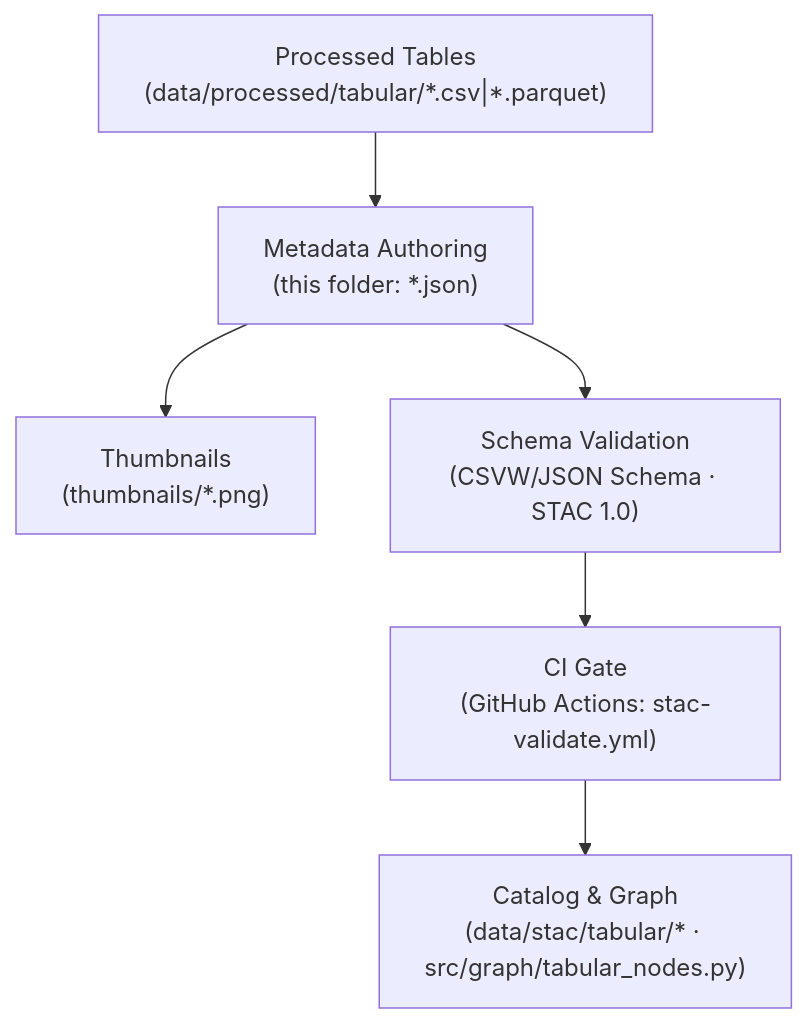
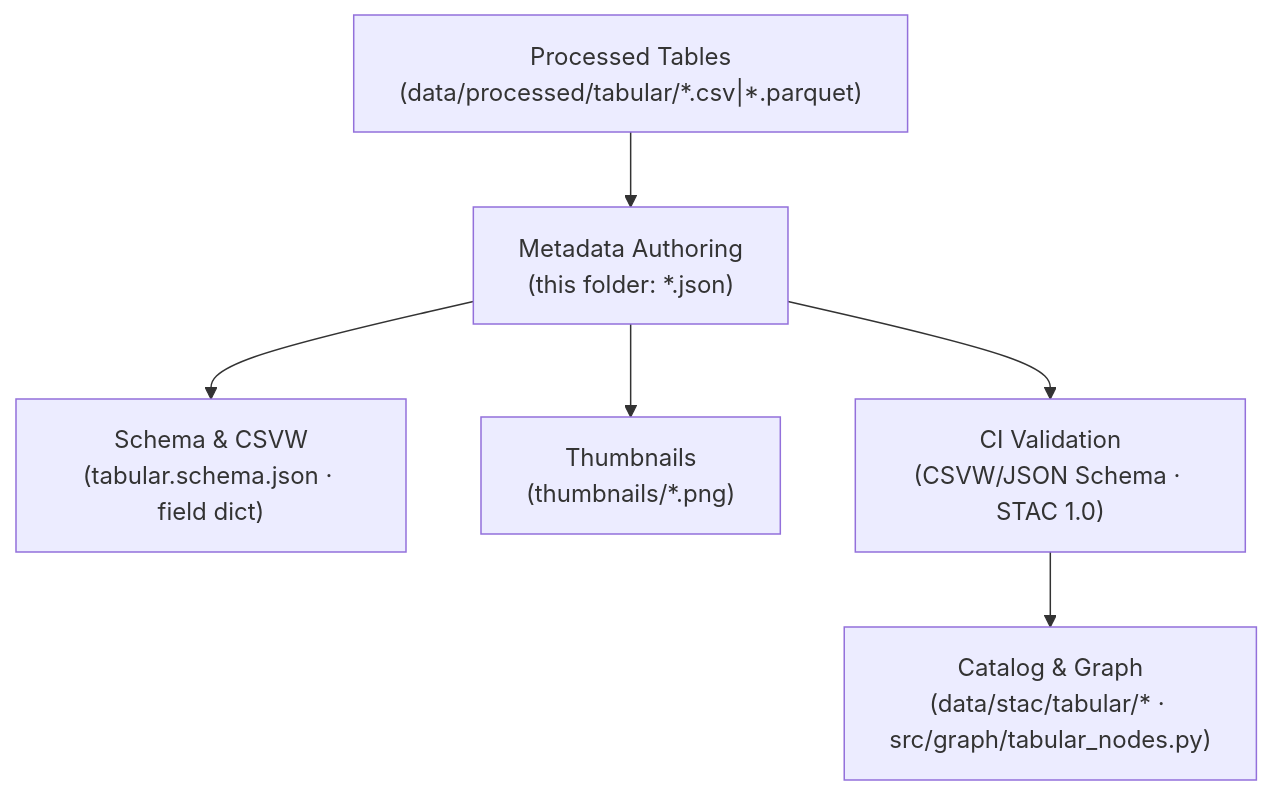
Before and after one commit to bartytime4life/Kansas-Frontier-Matrix: the diagram in data/processed/tabular/metadata/README.md, drawn with Mermaid. The commit also changed other lines of this file, not shown here.

First line of the commit message:
Refine README for tabular metadata clarity

`````diff
--- a/data/processed/tabular/metadata/README.md
+++ b/data/processed/tabular/metadata/README.md
@@ -39,9 +39,9 @@
 ```mermaid
 flowchart TD
   A["Processed Tables\n(data/processed/tabular/*.csv|*.parquet)"] --> B["Metadata Authoring\n(this folder: *.json)"]
-  B --> C["Thumbnails\n(thumbnails/*.png)"]
-  B --> D["Schema Validation\n(CSVW/JSON Schema · STAC 1.0)"]
-  D --> E["CI Gate\n(GitHub Actions: stac-validate.yml)"]
+  B --> C["Schema & CSVW\n(tabular.schema.json · field dict)"]
+  B --> D["Thumbnails\n(thumbnails/*.png)"]
+  B --> E["CI Validation\n(CSVW/JSON Schema · STAC 1.0)"]
   E --> F["Catalog & Graph\n(data/stac/tabular/* · src/graph/tabular_nodes.py)"]
   %% END OF MERMAID
 ````
`````
